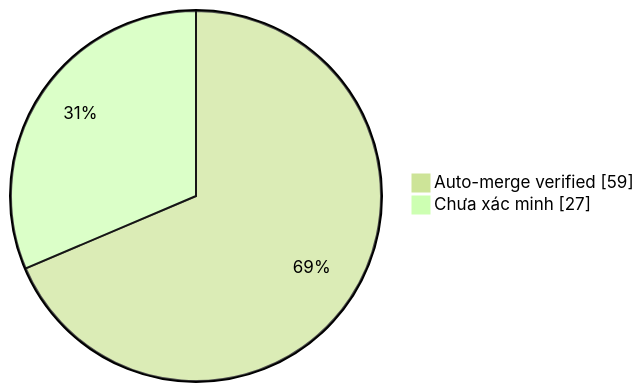
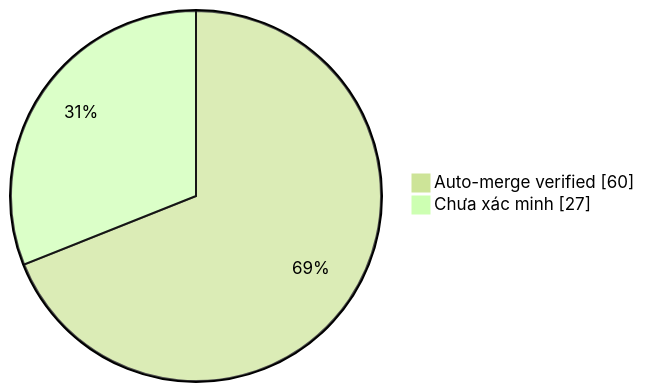
Before and after one commit to duykhang68/tetdinhmuiblog: the diagram in collector.md, drawn with Mermaid (forest theme). The commit also changed other lines of this file and 1 other file, not shown here.

Commit message:
docs(collector): update auto-merge evidence dashboard

````diff
--- a/collector.md
+++ b/collector.md
@@ -22,5 +22,5 @@
 ```mermaid
 pie showData
-    "Auto-merge verified" : 59
+    "Auto-merge verified" : 60
     "Chưa xác minh" : 27
 ```
````
